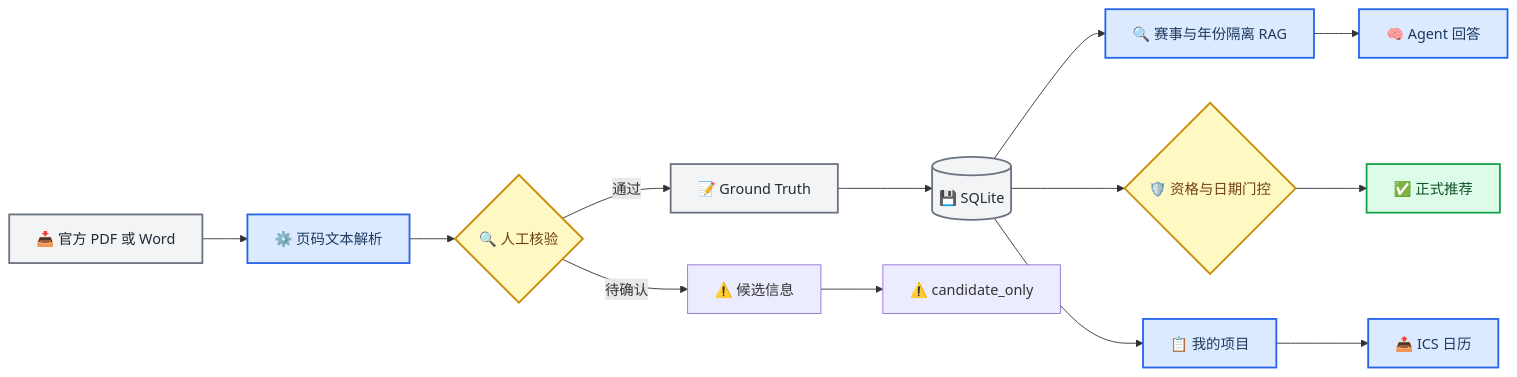
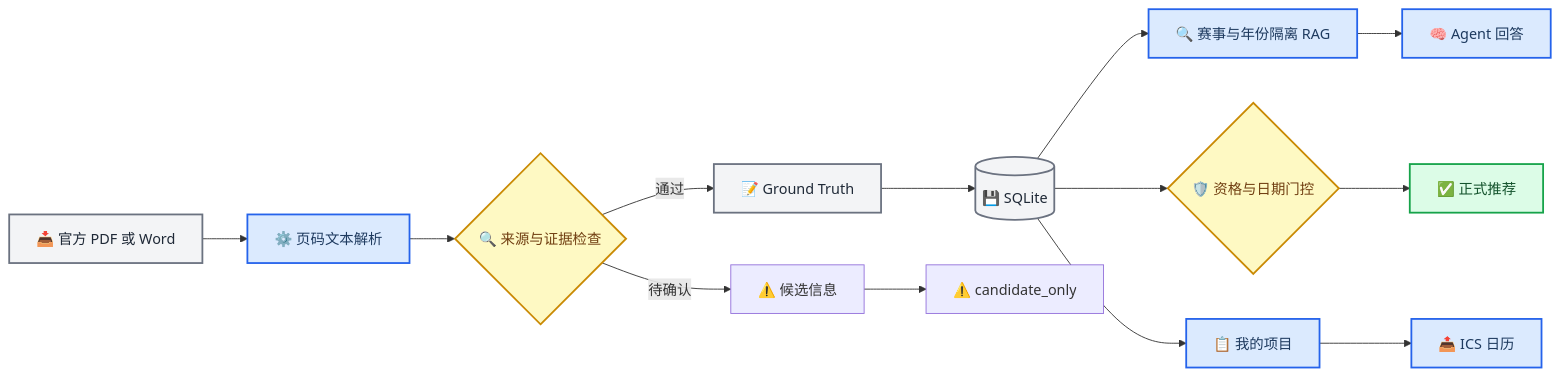
Before and after one commit to sakura6868/campus-innovation-agent: the diagram in docs/ARCHITECTURE.md, drawn with Mermaid. The commit also changed other lines of this file and 156 other files, not shown here.

````diff
--- a/docs/ARCHITECTURE.md
+++ b/docs/ARCHITECTURE.md
@@ -11,27 +11,27 @@
 ```mermaid
 flowchart LR
     accTitle: Trusted competition data flow
-    accDescr: Official documents are parsed, manually verified, stored once, isolated for retrieval, and then consumed by recommendation and project planning without copying deadlines.
+    accDescr: Official documents are parsed, checked by deterministic source and evidence rules, isolated for retrieval, and then consumed by recommendation and project planning without copying deadlines.
 
     official[📥 官方 PDF 或 Word] --> parse[⚙️ 页码文本解析]
-    parse --> review{🔍 人工核验}
+    parse --> review{🔍 来源与证据检查}
     review -->|通过| truth[📝 Ground Truth]
     review -->|待确认| candidate[⚠️ 候选信息]
     truth --> database[(💾 SQLite)]
     database --> rag[🔍 赛事与年份隔离 RAG]
     database --> gate{🛡️ 资格与日期门控}
     rag --> agent[🧠 Agent 回答]
     gate --> recommend[✅ 正式推荐]
     database --> project[📋 我的项目]
     project --> calendar[📤 ICS 日历]
     candidate --> candidate_only[⚠️ candidate_only]
 
     classDef source fill:#f3f4f6,stroke:#6b7280,stroke-width:2px,color:#1f2937
     classDef process fill:#dbeafe,stroke:#2563eb,stroke-width:2px,color:#1e3a5f
     classDef decision fill:#fef9c3,stroke:#ca8a04,stroke-width:2px,color:#713f12
     classDef success fill:#dcfce7,stroke:#16a34a,stroke-width:2px,color:#14532d
     class official,truth,database source
     class parse,rag,agent,project,calendar process
     class review,gate decision
     class recommend success
 ```
````
